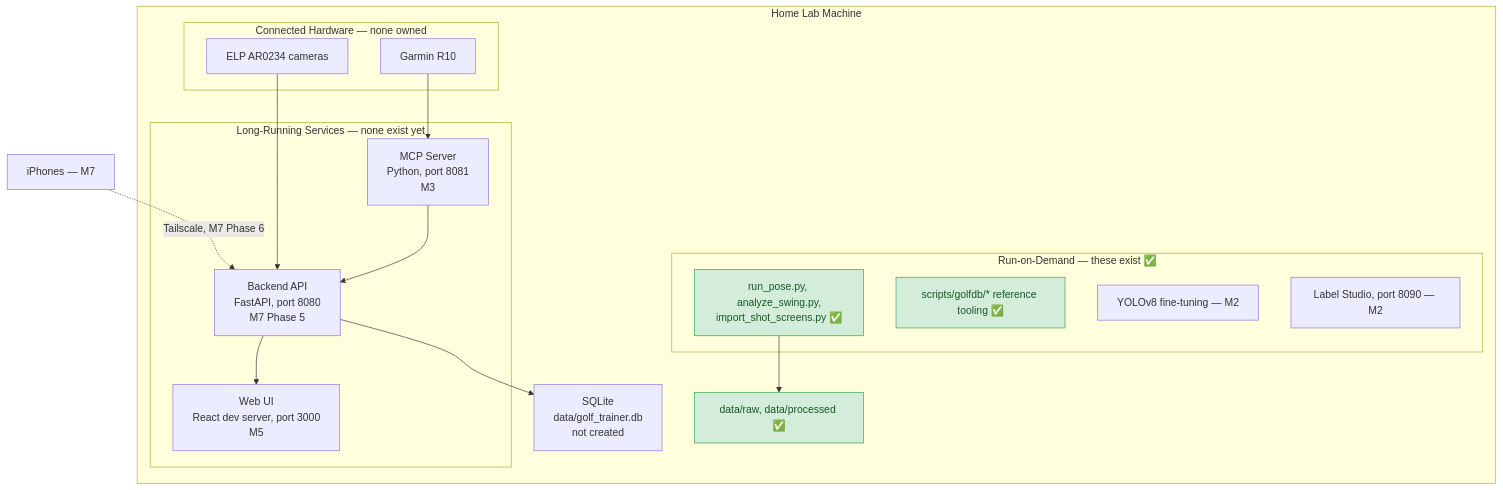
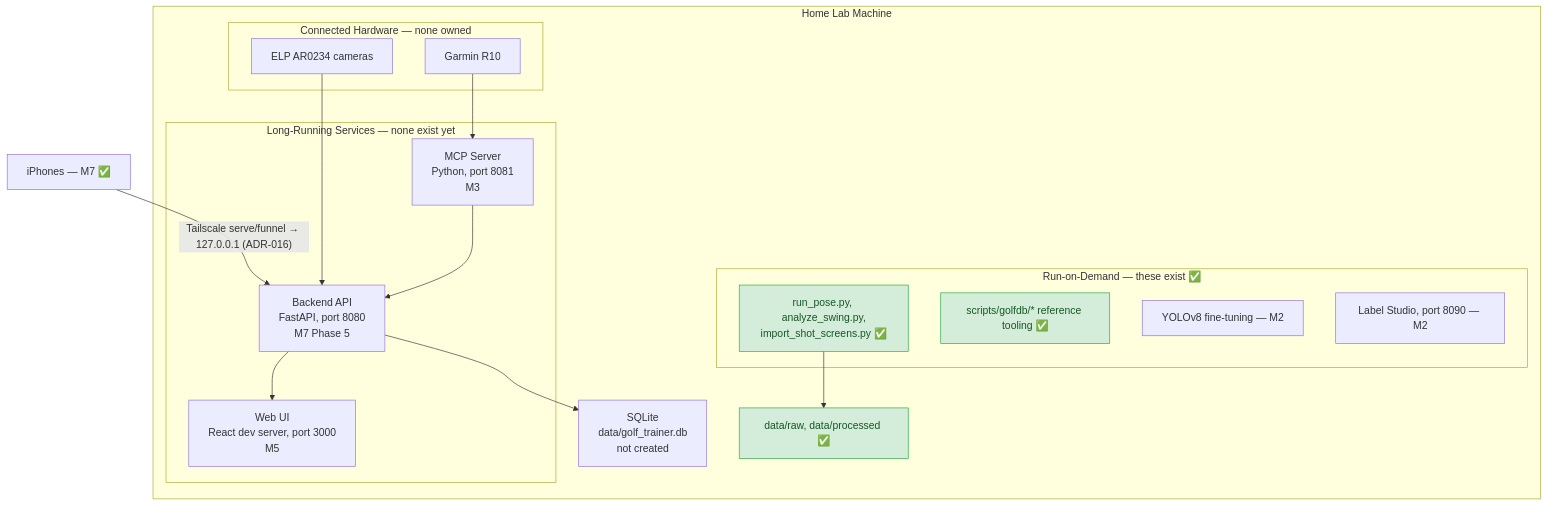
One commit to MildTreeRat/golf-coach changed the fourth of 5 diagrams in docs/FLOW.md. Above: the diagram before and after it, drawn with Mermaid. The commit also changed other lines of this file and 45 other files, not shown here.

````diff
--- a/docs/FLOW.md
+++ b/docs/FLOW.md
@@ -214,33 +214,33 @@
 ```mermaid
 graph TB
     subgraph HomeLab ["Home Lab Machine"]
         subgraph Services ["Long-Running Services — none exist yet"]
             MCP_SRV["MCP Server<br/>Python, port 8081<br/>M3"]
             API["Backend API<br/>FastAPI, port 8080<br/>M7 Phase 5"]
             WEB["Web UI<br/>React dev server, port 3000<br/>M5"]
         end
         subgraph Scripts ["Run-on-Demand — these exist ✅"]
             CLIS["run_pose.py, analyze_swing.py,<br/>import_shot_screens.py ✅"]
             RESEARCH["scripts/golfdb/* reference tooling ✅"]
             TRAIN["YOLOv8 fine-tuning — M2"]
             LABEL["Label Studio, port 8090 — M2"]
         end
         subgraph HW ["Connected Hardware — none owned"]
             CAM_HW["ELP AR0234 cameras"]
             LM_HW2["Garmin R10"]
         end
         DB_FILE["SQLite<br/>data/golf_trainer.db<br/>not created"]
         FILES["data/raw, data/processed ✅"]
     end
 
-    PHONE["iPhones — M7"] -.->|"Tailscale, M7 Phase 6"| API
+    PHONE["iPhones — M7 ✅"] -->|"Tailscale serve/funnel → 127.0.0.1 (ADR-016)"| API
     CAM_HW --> API
     LM_HW2 --> MCP_SRV
     MCP_SRV --> API
     API --> DB_FILE
     API --> WEB
     CLIS --> FILES
 
     classDef built fill:#d4edda,stroke:#28a745,color:#155724;
     class CLIS,RESEARCH,FILES built;
 ```
````
